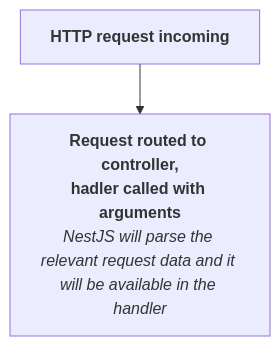
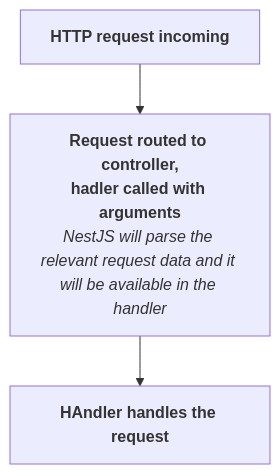
Before and after one commit to albin-joseph/myjslearnings: the diagram in nestjs/NestJs.MD, drawn with Mermaid.

Commit message:
add flowdiagram

````diff
--- a/nestjs/NestJs.MD
+++ b/nestjs/NestJs.MD
@@ -122,9 +122,11 @@
     ```mermaid
         flowchart TD;
             step1["`**HTTP request incoming**`"]
             step2["`**Request routed to controller,
             hadler called with arguments**
             _NestJS will parse the relevant request data and it will be available in the handler_
             `"]
             step1 --> step2
+            step3["`**HAndler handles the request**`"]
+            step2 --> step3
     ```
````
